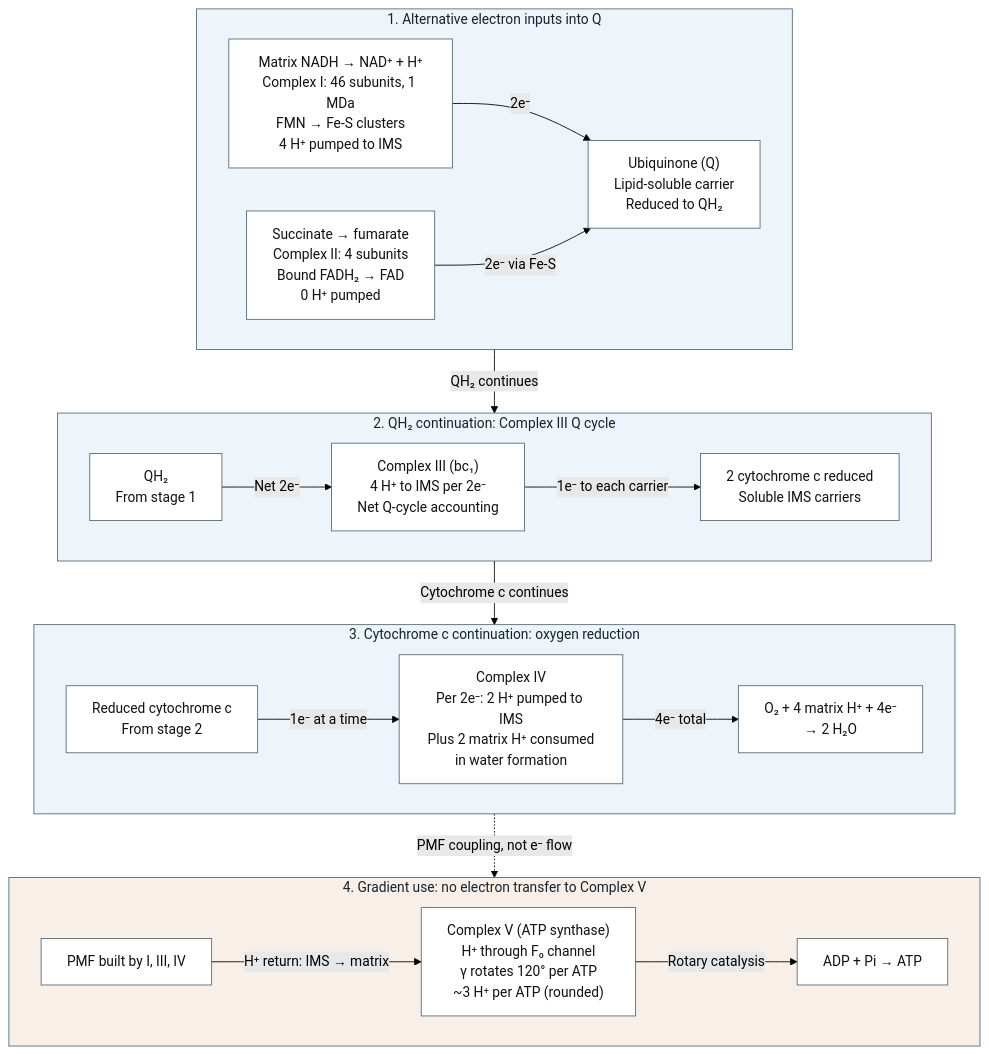
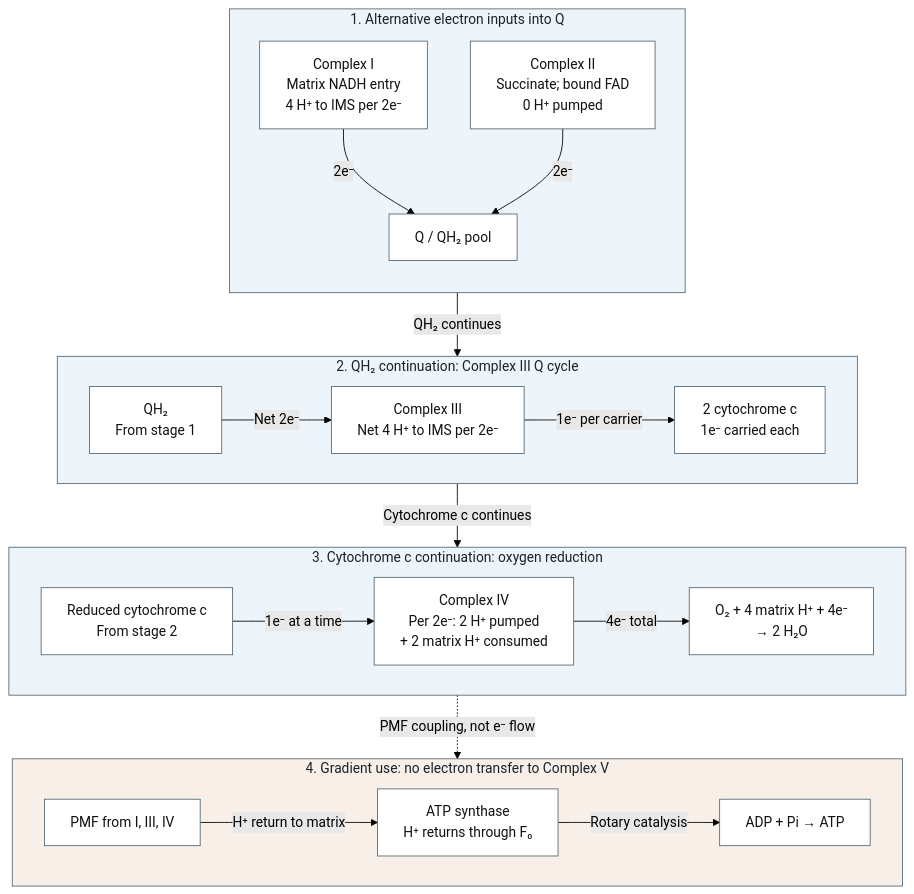
One commit to docxology/biology_textbook changed the sixth of 8 diagrams in docs/manuscript/unit_III/bioenergetics_and_respiration.md. Above: the diagram before and after it, drawn with Mermaid (forest theme). The commit also changed other lines of this file and 2 other files, not shown here.

Commit message:
docs: improve printed ETC labels and bound HWE rejection inference

````diff
--- a/docs/manuscript/unit_III/bioenergetics_and_respiration.md
+++ b/docs/manuscript/unit_III/bioenergetics_and_respiration.md
@@ -621,36 +621,36 @@
 ```mermaid
 ---
 config:
   layout: dagre
 ---
 flowchart TB
     subgraph ENTRY["1. Alternative electron inputs into Q"]
-        direction LR
-        CI["Matrix NADH → NAD⁺ + H⁺<br/>Complex I: 46 subunits, 1 MDa<br/>FMN → Fe-S clusters<br/>4 H⁺ pumped to IMS"] -->|"2e⁻"| Q["Ubiquinone (Q)<br/>Lipid-soluble carrier<br/>Reduced to QH₂"]
-        CII["Succinate → fumarate<br/>Complex II: 4 subunits<br/>Bound FADH₂ → FAD<br/>0 H⁺ pumped"] -->|"2e⁻ via Fe-S"| Q
+        direction TD
+        CI["Complex I<br/>Matrix NADH entry<br/>4 H⁺ to IMS per 2e⁻"] -->|"2e⁻"| Q["Q / QH₂ pool"]
+        CII["Complex II<br/>Succinate; bound FAD<br/>0 H⁺ pumped"] -->|"2e⁻"| Q
     end
     subgraph TRANSFER["2. QH₂ continuation: Complex III Q cycle"]
         direction LR
-        QH2["QH₂<br/>From stage 1"] -->|"Net 2e⁻"| CIII["Complex III (bc₁)<br/>4 H⁺ to IMS per 2e⁻<br/>Net Q-cycle accounting"]
-        CIII -->|"1e⁻ to each carrier"| CytC["2 cytochrome c reduced<br/>Soluble IMS carriers"]
+        QH2["QH₂<br/>From stage 1"] -->|"Net 2e⁻"| CIII["Complex III<br/>Net 4 H⁺ to IMS per 2e⁻"]
+        CIII -->|"1e⁻ per carrier"| CytC["2 cytochrome c<br/>1e⁻ carried each"]
     end
     subgraph OXYGEN["3. Cytochrome c continuation: oxygen reduction"]
         direction LR
-        CytC2["Reduced cytochrome c<br/>From stage 2"] -->|"1e⁻ at a time"| CIV["Complex IV<br/>Per 2e⁻: 2 H⁺ pumped to IMS<br/>Plus 2 matrix H⁺ consumed<br/>in water formation"]
+        CytC2["Reduced cytochrome c<br/>From stage 2"] -->|"1e⁻ at a time"| CIV["Complex IV<br/>Per 2e⁻: 2 H⁺ pumped<br/>+ 2 matrix H⁺ consumed"]
         CIV -->|"4e⁻ total"| WATER["O₂ + 4 matrix H⁺ + 4e⁻<br/>→ 2 H₂O"]
     end
     subgraph ATP["4. Gradient use: no electron transfer to Complex V"]
         direction LR
-        PMF["PMF built by I, III, IV"] -->|"H⁺ return: IMS → matrix"| CV["Complex V (ATP synthase)<br/>H⁺ through F₀ channel<br/>γ rotates 120° per ATP<br/>~3 H⁺ per ATP (rounded)"]
+        PMF["PMF from I, III, IV"] -->|"H⁺ return to matrix"| CV["ATP synthase<br/>H⁺ returns through F₀"]
         CV -->|"Rotary catalysis"| PRODUCT["ADP + Pi → ATP"]
     end
     ENTRY -->|"QH₂ continues"| TRANSFER
     TRANSFER -->|"Cytochrome c continues"| OXYGEN
     OXYGEN -.->|"PMF coupling, not e⁻ flow"| ATP
     classDef component fill:#ffffff,stroke:#526777,color:#111111
     class CI,CII,Q,QH2,CIII,CytC,CytC2,CIV,WATER,PMF,CV,PRODUCT component
     style ENTRY fill:#eef5fa,stroke:#526777,color:#17212b
     style TRANSFER fill:#eef5fa,stroke:#526777,color:#17212b
     style OXYGEN fill:#eef5fa,stroke:#526777,color:#17212b
     style ATP fill:#f8f0e8,stroke:#526777,color:#17212b
 ```
````
